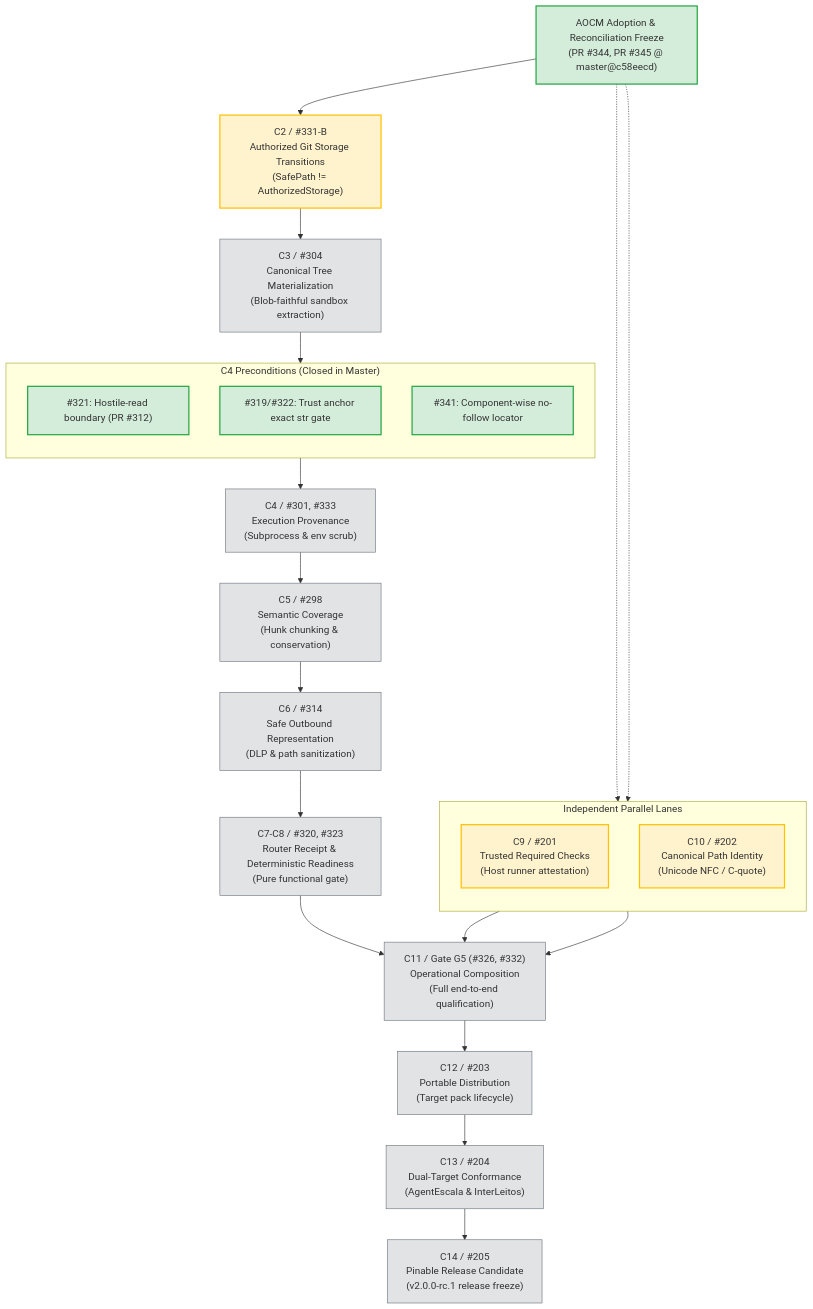
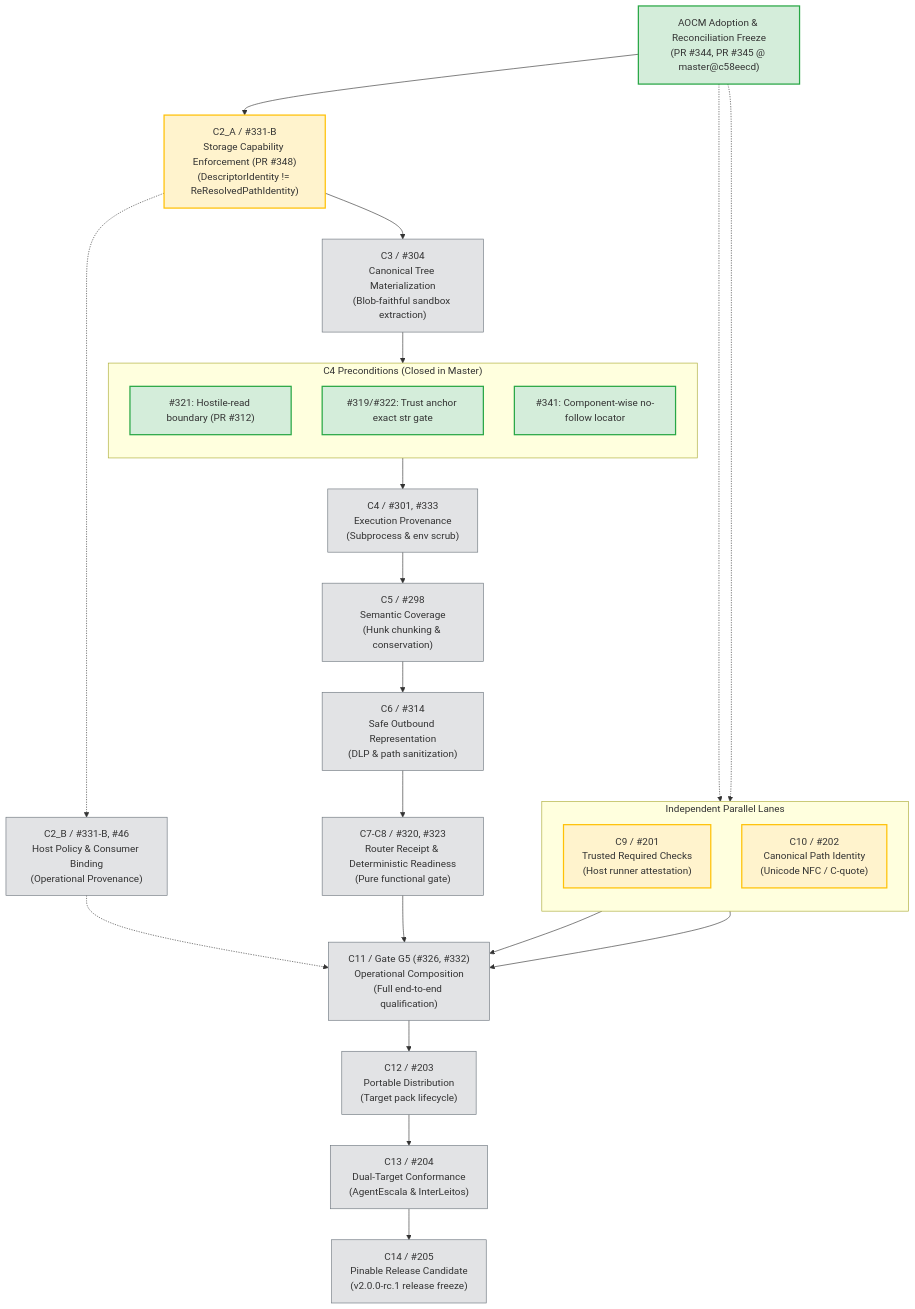
The diagram in campaign/agent-review-v2-replan/05_DEPENDENCY_DAG.md (mglpsw/aiops-orchestrator), drawn with Mermaid before and after one commit. The commit also changed other lines of this file and 11 other files, not shown here.

First line of the commit message:
feat(agent-review/v2): authorized external Git storage transitions (#331-B) (#348)

````diff
--- a/campaign/agent-review-v2-replan/05_DEPENDENCY_DAG.md
+++ b/campaign/agent-review-v2-replan/05_DEPENDENCY_DAG.md
@@ -15,51 +15,52 @@
 ```mermaid
 flowchart TD
     %% Base Anchors
-    M0["AOCM Adoption & Reconciliation Freeze<br/>(PR #344, PR #345 @ master@c58eecd)"] --> C2
-    
     %% Critical Path Chain
-    C2["C2 / #331-B<br/>Authorized Git Storage Transitions<br/>(SafePath != AuthorizedStorage)"]
-    C2 --> C3["C3 / #304<br/>Canonical Tree Materialization<br/>(Blob-faithful sandbox extraction)"]
+    M0["AOCM Adoption & Reconciliation Freeze<br/>(PR #344, PR #345 @ master@c58eecd)"] --> C2A
+    C2A["C2_A / #331-B<br/>Storage Capability Enforcement (PR #348)<br/>(DescriptorIdentity != ReResolvedPathIdentity)"]
+    C2A --> C3["C3 / #304<br/>Canonical Tree Materialization<br/>(Blob-faithful sandbox extraction)"]
+    C2A -.-> C2B["C2_B / #331-B, #46<br/>Host Policy & Consumer Binding<br/>(Operational Provenance)"]
+    C2B -.-> G5
     
     subgraph C4_Preconditions ["C4 Preconditions (Closed in Master)"]
         direction TB
         P321["#321: Hostile-read boundary (PR #312)"]
         P319["#319/#322: Trust anchor exact str gate"]
         P341["#341: Component-wise no-follow locator"]
     end
     
     C3 --> C4_Preconditions
     C4_Preconditions --> C4["C4 / #301, #333<br/>Execution Provenance<br/>(Subprocess & env scrub)"]
     
     C4 --> C5["C5 / #298<br/>Semantic Coverage<br/>(Hunk chunking & conservation)"]
     C5 --> C6["C6 / #314<br/>Safe Outbound Representation<br/>(DLP & path sanitization)"]
     C6 --> C78["C7-C8 / #320, #323<br/>Router Receipt & Deterministic Readiness<br/>(Pure functional gate)"]
     
     %% Independent Parallel Lanes
     subgraph Parallel_Lanes ["Independent Parallel Lanes"]
         direction TB
         C9["C9 / #201<br/>Trusted Required Checks<br/>(Host runner attestation)"]
         C10["C10 / #202<br/>Canonical Path Identity<br/>(Unicode NFC / C-quote)"]
     end
     
     M0 -.-> C9
     M0 -.-> C10
     
     %% Convergence at Gate G5
     C78 --> G5["C11 / Gate G5 (#326, #332)<br/>Operational Composition<br/>(Full end-to-end qualification)"]
     C9 --> G5
     C10 --> G5
     
     %% Distribution & Release Chain
     G5 --> C12["C12 / #203<br/>Portable Distribution<br/>(Target pack lifecycle)"]
     C12 --> C13["C13 / #204<br/>Dual-Target Conformance<br/>(AgentEscala & InterLeitos)"]
     C13 --> C14["C14 / #205<br/>Pinable Release Candidate<br/>(v2.0.0-rc.1 release freeze)"]
 
     classDef closed fill:#d4edda,stroke:#28a745,stroke-width:2px;
     classDef ready fill:#fff3cd,stroke:#ffc107,stroke-width:2px;
     classDef blocked fill:#e2e3e5,stroke:#6c757d,stroke-width:1px;
     
     class M0,P321,P319,P341 closed;
-    class C2,C9,C10 ready;
-    class C3,C4,C5,C6,C78,G5,C12,C13,C14 blocked;
+    class C2A,C9,C10 ready;
+    class C2B,C3,C4,C5,C6,C78,G5,C12,C13,C14 blocked;
 ```
````
